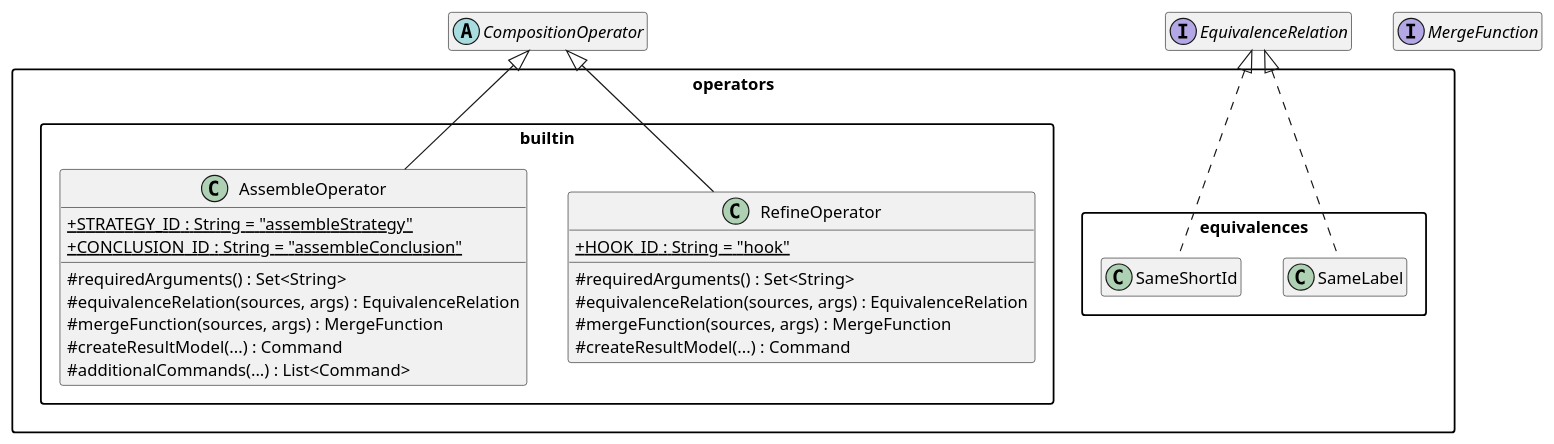
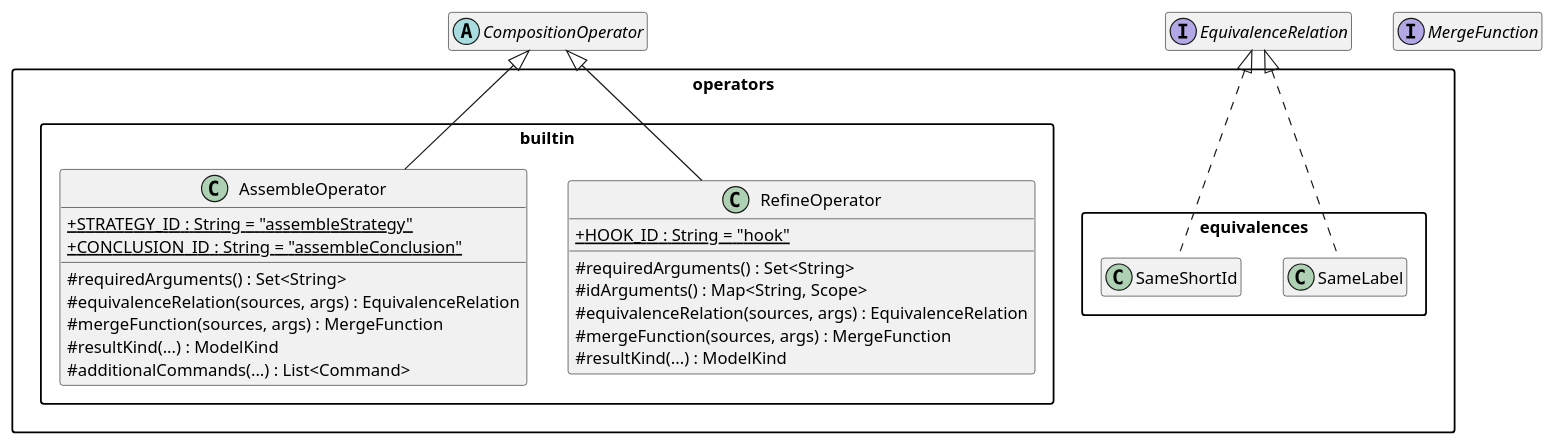
The third of 3 diagrams in docs/design/operators.md (jpipe-mcscert/jpipe-compiler), drawn with PlantUML before and after one commit. The commit also changed other lines of this file and 21 other files, not shown here.

First line of the commit message:
refactor: bind ids and scope operator id arguments in one place each (#215)

````diff
--- a/docs/design/operators.md
+++ b/docs/design/operators.md
@@ -529,46 +536,47 @@
 ```plantuml
 @startuml operators-builtin
 
 skinparam packageStyle rectangle
 skinparam classAttributeIconSize 0
 hide empty members
 
 ' Stubs
 abstract class CompositionOperator
 interface EquivalenceRelation
 interface MergeFunction
 
 package "operators.builtin" {
 
   class RefineOperator {
     + {static} HOOK_ID : String = "hook"
     # requiredArguments() : Set<String>
+    # idArguments() : Map<String, Scope>
     # equivalenceRelation(sources, args) : EquivalenceRelation
     # mergeFunction(sources, args) : MergeFunction
-    # createResultModel(...) : Command
+    # resultKind(...) : ModelKind
   }
 
   class AssembleOperator {
     + {static} STRATEGY_ID : String = "assembleStrategy"
     + {static} CONCLUSION_ID : String = "assembleConclusion"
     # requiredArguments() : Set<String>
     # equivalenceRelation(sources, args) : EquivalenceRelation
     # mergeFunction(sources, args) : MergeFunction
-    # createResultModel(...) : Command
+    # resultKind(...) : ModelKind
     # additionalCommands(...) : List<Command>
   }
 
   CompositionOperator <|-- RefineOperator
   CompositionOperator <|-- AssembleOperator
 }
 
 package "operators.equivalences" {
   class SameLabel
   class SameShortId
 
   EquivalenceRelation <|.. SameLabel
   EquivalenceRelation <|.. SameShortId
 }
 
 @enduml
 ```
````
